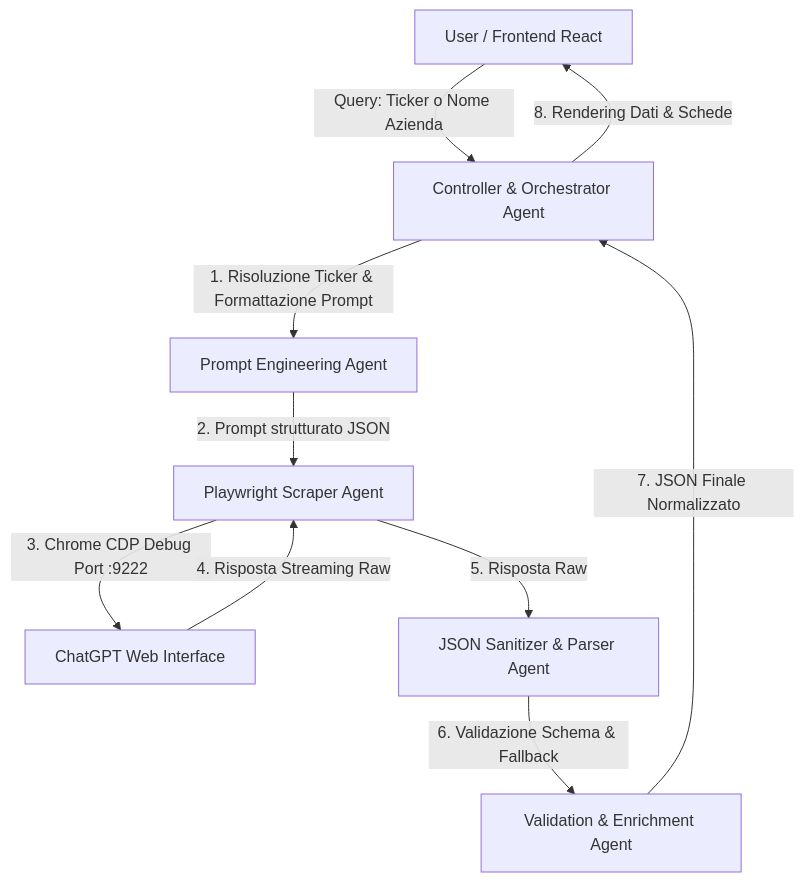
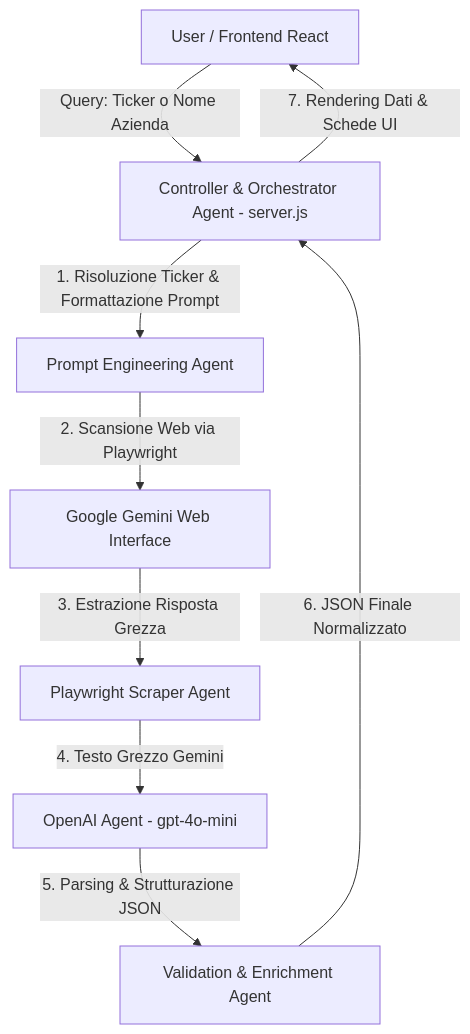
Before and after one commit to martale1/chatgpt: the diagram in README.md, drawn with Mermaid. The commit also changed other lines of this file and 1 other file, not shown here.

Commit message:
feat: add flexible update menu (News, Chart, Both) and update README.md for Gemini branch

````diff
--- a/README.md
+++ b/README.md
@@ -11,12 +25,11 @@
 ```mermaid
 flowchart TD
-    A[User / Frontend React] -->|Query: Ticker o Nome Azienda| B[Controller & Orchestrator Agent]
+    A[User / Frontend React] -->|Query: Ticker o Nome Azienda| B[Controller & Orchestrator Agent - server.js]
     B -->|1. Risoluzione Ticker & Formattazione Prompt| C[Prompt Engineering Agent]
-    C -->|2. Prompt strutturato JSON| D[Playwright Scraper Agent]
-    D -->|3. Chrome CDP Debug Port :9222| E[ChatGPT Web Interface]
-    E -->|4. Risposta Streaming Raw| D
-    D -->|5. Risposta Raw| F[JSON Sanitizer & Parser Agent]
-    F -->|6. Validazione Schema & Fallback| G[Validation & Enrichment Agent]
-    G -->|7. JSON Finale Normalizzato| B
-    B -->|8. Rendering Dati & Schede| A
+    C -->|2. Scansione Web via Playwright| D[Google Gemini Web Interface]
+    D -->|3. Estrazione Risposta Grezza| E[Playwright Scraper Agent]
+    E -->|4. Testo Grezzo Gemini| F[OpenAI Agent - gpt-4o-mini]
+    F -->|5. Parsing & Strutturazione JSON| G[Validation & Enrichment Agent]
+    G -->|6. JSON Finale Normalizzato| B
+    B -->|7. Rendering Dati & Schede UI| A
 ```
````
